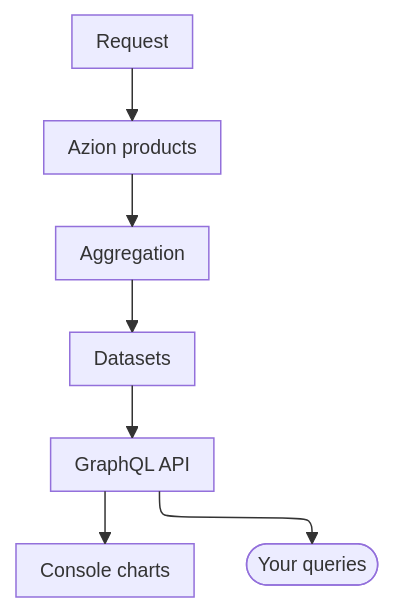
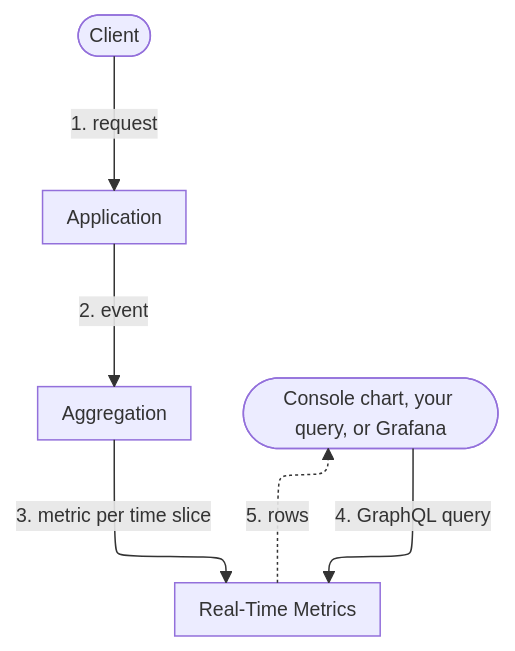
The diagram in apps/docs/src/content/docs/en/pages/main-menu/reference/observe/real-time-metrics/real-time-metrics.mdx (aziontech/docs), drawn with Mermaid before and after one commit. The commit also changed other lines of this file and 9 other files, not shown here.

Commit message:
fix(real-time-metrics): verify the Overview, Quickstart, How it works, and Limits against the product (#2705)

````diff
--- a/apps/docs/src/content/docs/en/pages/main-menu/reference/observe/real-time-metrics/real-time-metrics.mdx
+++ b/apps/docs/src/content/docs/en/pages/main-menu/reference/observe/real-time-metrics/real-time-metrics.mdx
@@ -66,10 +33,14 @@
 ```mermaid
-%%{init: {"layout": "elk", "themeVariables": {"fontSize": "13px"}, "flowchart": {"nodeSpacing": 24, "rankSpacing": 36, "padding": 8, "wrappingWidth": 150, "useMaxWidth": true}, "sequence": {"width": 120, "actorMargin": 30, "useMaxWidth": true}}}%%
+%%{init: {"layout": "elk", "elk": {"cycleBreakingStrategy": "MODEL_ORDER"}, "themeVariables": {"fontSize": "13px"}, "flowchart": {"nodeSpacing": 24, "rankSpacing": 36, "padding": 8, "wrappingWidth": 150, "useMaxWidth": true}, "sequence": {"width": 120, "actorMargin": 30, "useMaxWidth": true}}}%%
 flowchart TD
-  Req["Request"] --> P["Azion products"]
-  P --> Agg["Aggregation"]
-  Agg --> DS["Datasets"]
-  DS --> API["GraphQL API"]
-  API --> Con["Console charts"]
-  API --> Q(["Your queries"])
+  Client(["Client"])
+  App["Application"]
+  Agg["Aggregation"]
+  RTM["Real-Time Metrics"]
+  Reader(["Console chart, your query, or Grafana"])
+  Client -->|"1. request"| App
+  App -->|"2. event"| Agg
+  Agg -->|"3. metric per time slice"| RTM
+  Reader -->|"4. GraphQL query"| RTM
+  RTM -.->|"5. rows"| Reader
 ```
````
